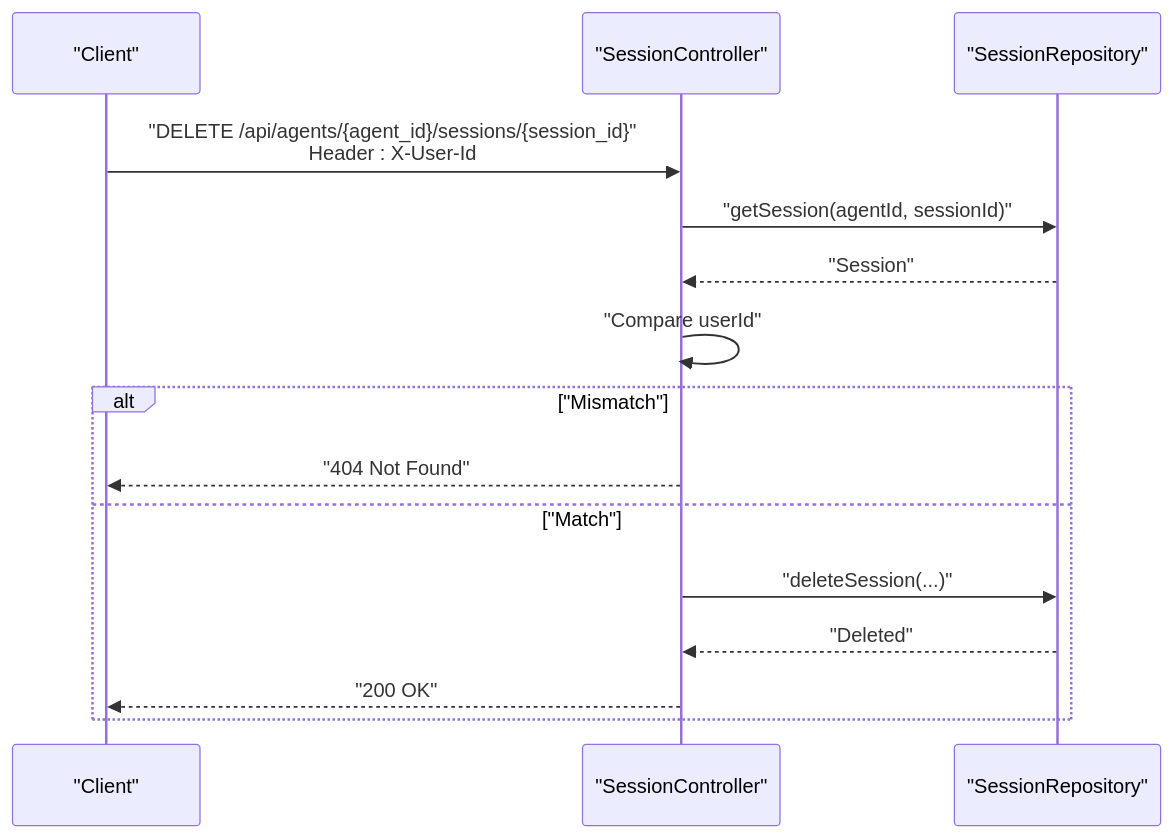
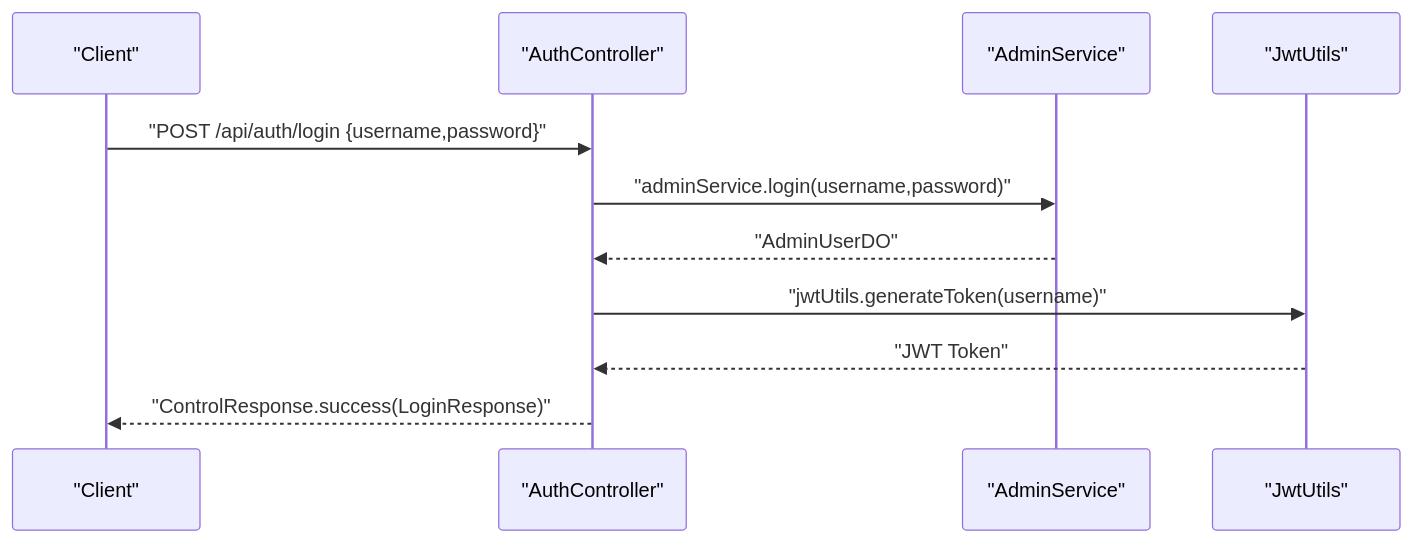
One commit to alibaba/tron-one-agent changed the fifth of 8 diagrams in .qoder/repowiki/en/content/API Reference/Authentication and Authorization.md. Above: the diagram before and after it, drawn with Mermaid. The commit also changed other lines of this file and 13 other files, not shown here.

````diff
--- a/.qoder/repowiki/en/content/API Reference/Authentication and Authorization.md
+++ b/.qoder/repowiki/en/content/API Reference/Authentication and Authorization.md
@@ -185,17 +208,13 @@
 ```mermaid
 sequenceDiagram
 participant Client as "Client"
-participant Controller as "SessionController"
-participant Repo as "SessionRepository"
-Client->>Controller : "DELETE /api/agents/{agent_id}/sessions/{session_id}"<br/>Header : X-User-Id
-Controller->>Repo : "getSession(agentId, sessionId)"
-Repo-->>Controller : "Session"
-Controller->>Controller : "Compare userId"
-alt "Mismatch"
-Controller-->>Client : "404 Not Found"
-else "Match"
-Controller->>Repo : "deleteSession(...)"
-Repo-->>Controller : "Deleted"
-Controller-->>Client : "200 OK"
-end
+participant Auth as "AuthController"
+participant Service as "AdminService"
+participant JWT as "JwtUtils"
+Client->>Auth : "POST /api/auth/login {username,password}"
+Auth->>Service : "adminService.login(username,password)"
+Service-->>Auth : "AdminUserDO"
+Auth->>JWT : "jwtUtils.generateToken(username)"
+JWT-->>Auth : "JWT Token"
+Auth-->>Client : "ControlResponse.success(LoginResponse)"
 ```
````
